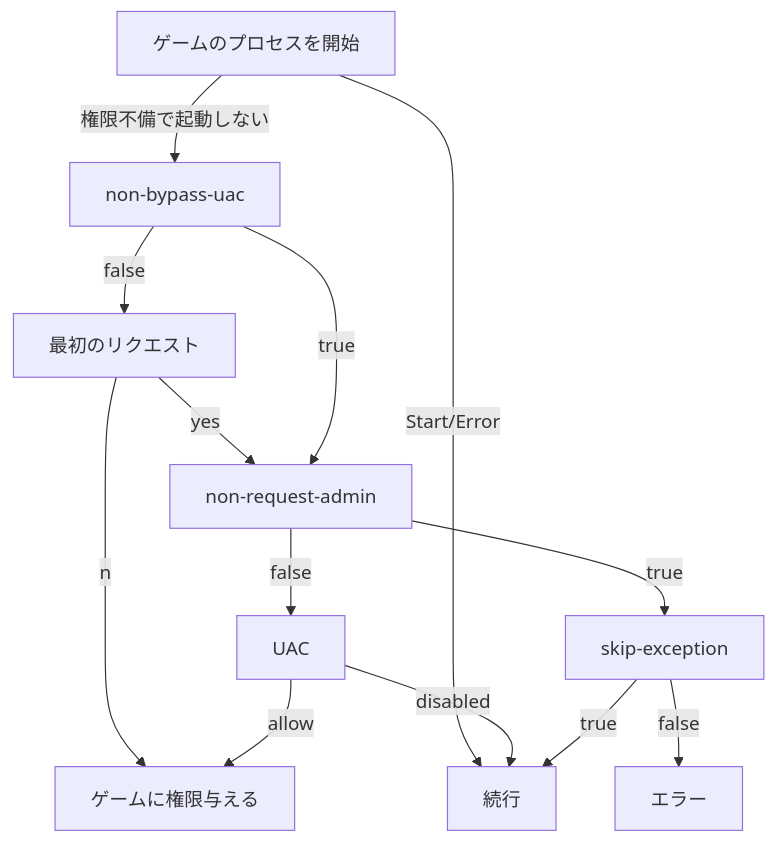
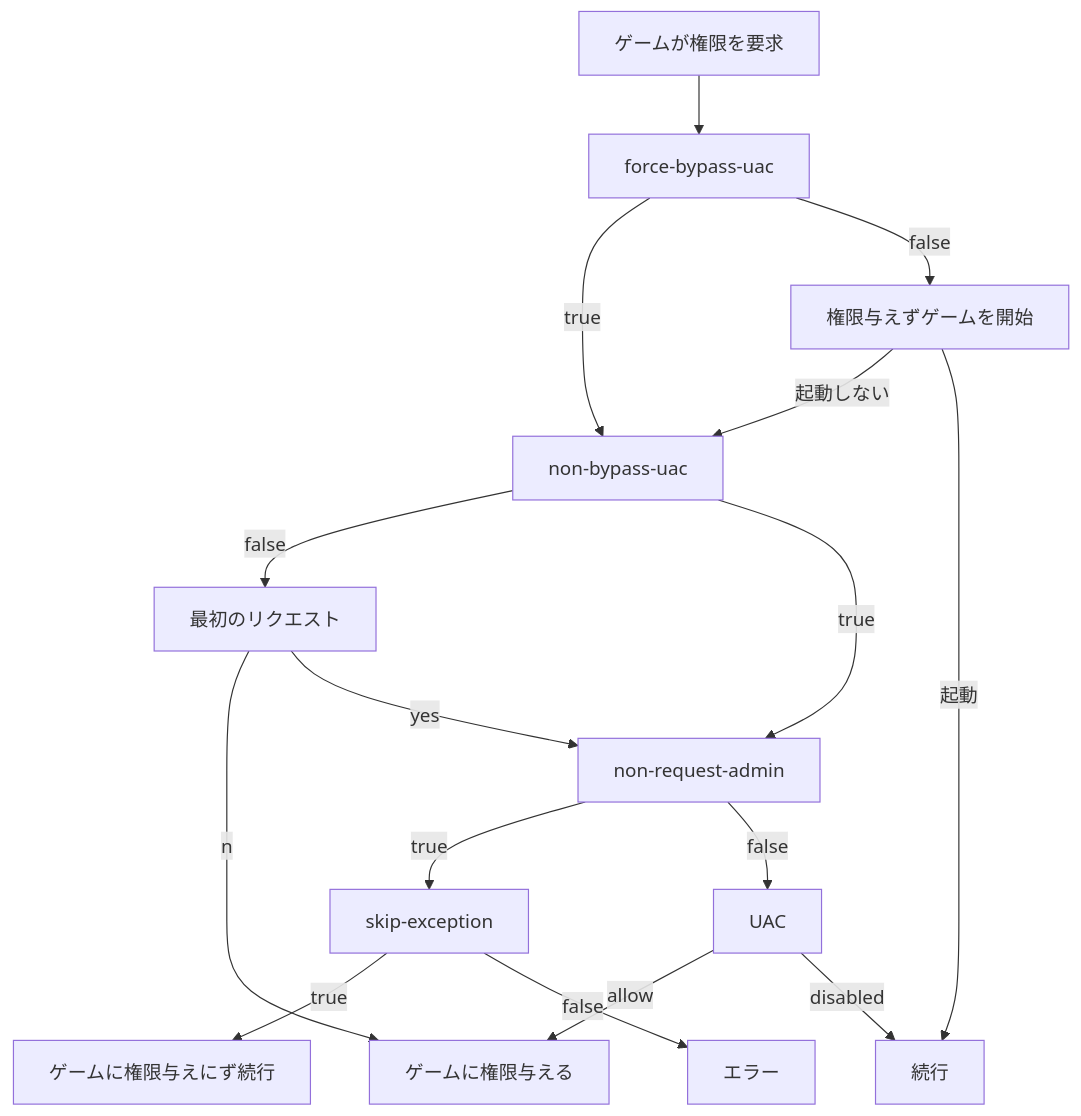
Before and after one commit to fa0311/DMMGamePlayerFastLauncher: the diagram in docs/README-advance.md, drawn with Mermaid. The commit also changed other lines of this file and 2 other files, not shown here.

Commit message:
add force_bypass_uac arg

````diff
--- a/docs/README-advance.md
+++ b/docs/README-advance.md
@@ -34,15 +35,18 @@
 ```mermaid
     graph TD;
-        ゲームのプロセスを開始 --権限不備で起動しない--> non-bypass-uac;
-        ゲームのプロセスを開始 --Start/Error--> 続行;
+        ゲームが権限を要求 --> force-bypass-uac;
+        force-bypass-uac --true--> non-bypass-uac
+        force-bypass-uac --false--> 権限与えずゲームを開始
+        権限与えずゲームを開始 --起動しない--> non-bypass-uac;
+        権限与えずゲームを開始 --起動--> 続行;
         non-bypass-uac --false--> 最初のリクエスト;
         最初のリクエスト --no-->ゲームに権限与える
         最初のリクエスト --yes--> non-request-admin
         non-bypass-uac --true--> non-request-admin;
         non-request-admin --true--> skip-exception;
         non-request-admin --false--> UAC;
         UAC --allow--> ゲームに権限与える
         UAC --disabled--> 続行
-        skip-exception --true--> 続行
+        skip-exception --true--> ゲームに権限与えにず続行
         skip-exception --false--> エラー
 ```
````
